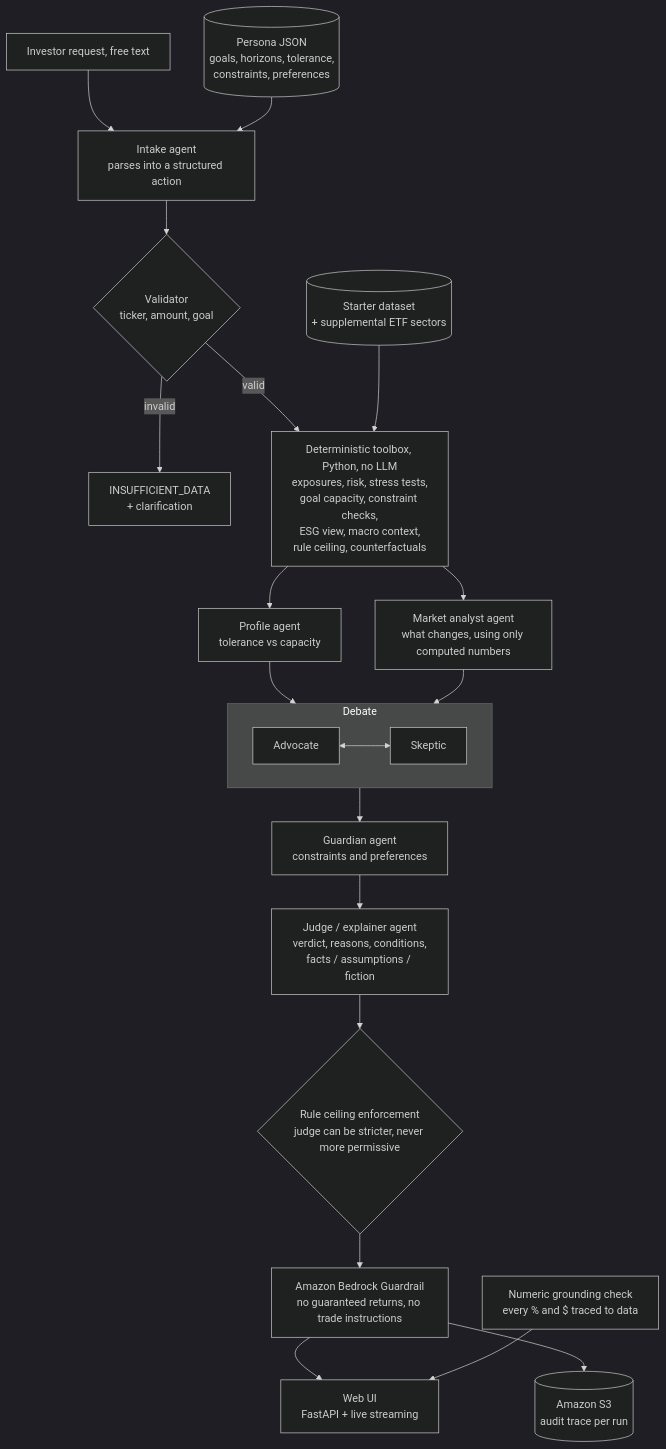
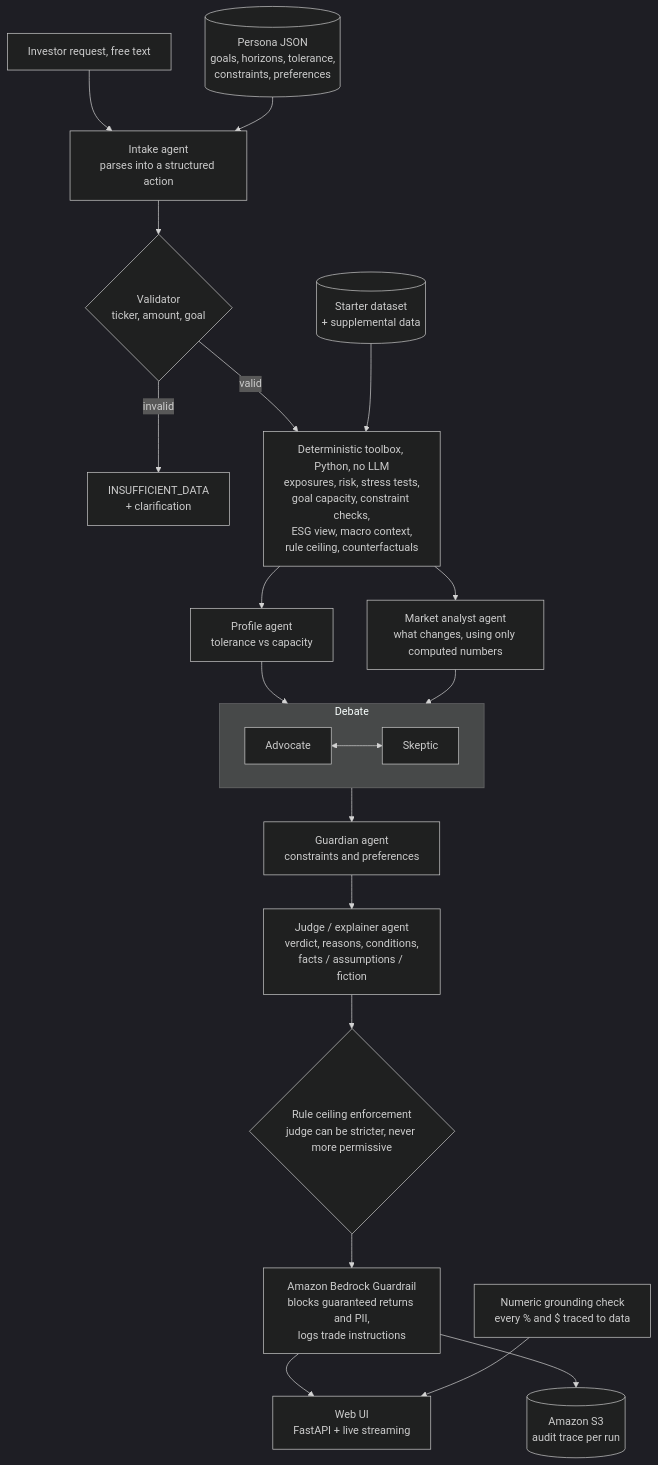
The diagram in docs/technical_documentation.md (Eric0730-04/polyfinances-datathon-2026), drawn with Mermaid (dark theme) before and after one commit. The commit also changed other lines of this file and 12 other files, not shown here.

````diff
--- a/docs/technical_documentation.md
+++ b/docs/technical_documentation.md
@@ -37,23 +37,23 @@
 ```mermaid
 flowchart TD
     U[Investor request, free text] --> I[Intake agent<br/>parses into a structured action]
     P[(Persona JSON<br/>goals, horizons, tolerance,<br/>constraints, preferences)] --> I
     I --> V{Validator<br/>ticker, amount, goal}
     V -- invalid --> X[INSUFFICIENT_DATA<br/>+ clarification]
     V -- valid --> T[Deterministic toolbox, Python, no LLM<br/>exposures, risk, stress tests,<br/>goal capacity, constraint checks,<br/>ESG view, macro context,<br/>rule ceiling, counterfactuals]
-    D[(Starter dataset<br/>+ supplemental ETF sectors)] --> T
+    D[(Starter dataset<br/>+ supplemental data)] --> T
     T --> PR[Profile agent<br/>tolerance vs capacity]
     T --> AN[Market analyst agent<br/>what changes, using only computed numbers]
     PR --> DB
     AN --> DB
     subgraph DB[Debate]
       ADV[Advocate] <--> SK[Skeptic]
     end
     DB --> G[Guardian agent<br/>constraints and preferences]
     G --> J[Judge / explainer agent<br/>verdict, reasons, conditions,<br/>facts / assumptions / fiction]
     J --> E{Rule ceiling enforcement<br/>judge can be stricter, never more permissive}
-    E --> GR[Amazon Bedrock Guardrail<br/>no guaranteed returns, no trade instructions]
+    E --> GR[Amazon Bedrock Guardrail<br/>blocks guaranteed returns and PII,<br/>logs trade instructions]
     GR --> UI[Web UI<br/>FastAPI + live streaming]
     GR --> S3[(Amazon S3<br/>audit trace per run)]
     GC[Numeric grounding check<br/>every % and $ traced to data] --> UI
 ```
````
